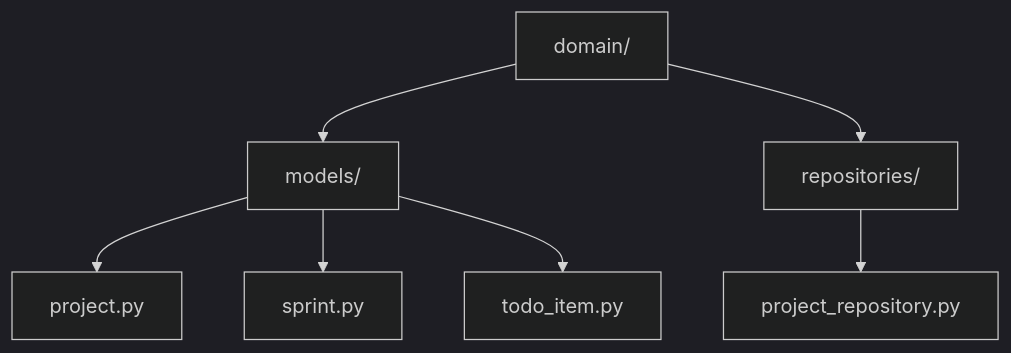
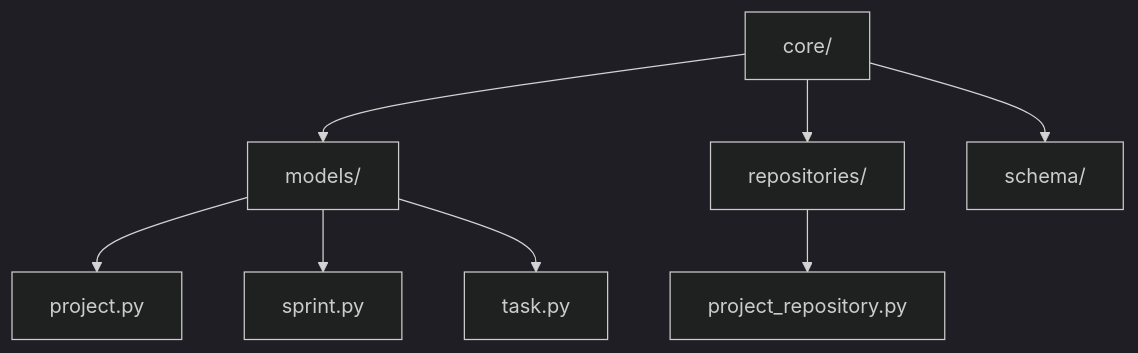
The fourth of 8 diagrams in docs/object_model.md (dustland/roboco), drawn with Mermaid (dark theme) before and after one commit. The commit also changed other lines of this file and 3 other files, not shown here.

````diff
--- a/docs/object_model.md
+++ b/docs/object_model.md
@@ -149,9 +150,10 @@
 ```mermaid
 graph TD
-    domain[domain/] --> models[models/]
-    domain --> repositories[repositories/]
+    core[core/] --> models[models/]
+    core --> repositories[repositories/]
+    core --> schema[schema/]
     models --> project[project.py]
     models --> sprint[sprint.py]
-    models --> todo_item[todo_item.py]
+    models --> task[task.py]
     repositories --> project_repository[project_repository.py]
 ```
````
